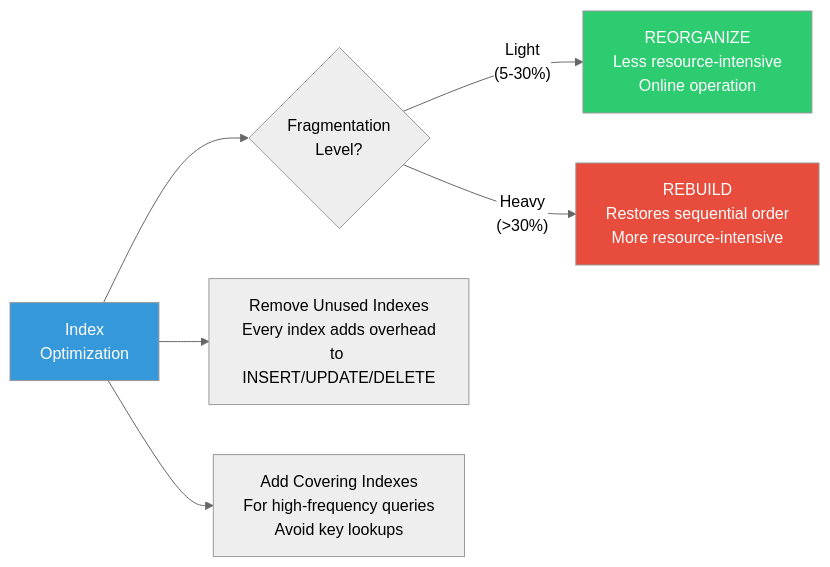
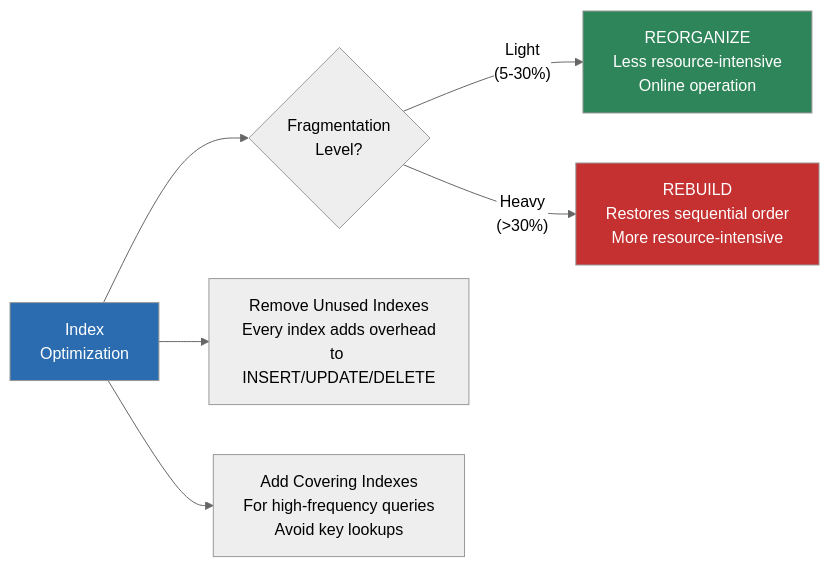
Diagram 17 of 39 in 07-Visual-Study-Diagrams.md (George-API/CompTIA_DataSys_Study_Guide), drawn with Mermaid (neutral theme) before and after one commit. The commit also changed other lines of this file, not shown here.

Commit message:
Improvements to visual study mermaid diagrams

````diff
--- a/07-Visual-Study-Diagrams.md
+++ b/07-Visual-Study-Diagrams.md
@@ -417,14 +417,14 @@
 ```mermaid
 flowchart LR
-    IDX["Index\nOptimization"] --> FRAG{"Fragmentation\nLevel?"}
+    IDX["Index<br/>Optimization"] --> FRAG{"Fragmentation<br/>Level?"}
 
-    FRAG -->|"Light\n(5-30%)"| REORG["REORGANIZE\nLess resource-intensive\nOnline operation"]
-    FRAG -->|"Heavy\n(>30%)"| REBUILD["REBUILD\nRestores sequential order\nMore resource-intensive"]
+    FRAG -->|"Light<br/>(5-30%)"| REORG["REORGANIZE<br/>Less resource-intensive<br/>Online operation"]
+    FRAG -->|"Heavy<br/>(>30%)"| REBUILD["REBUILD<br/>Restores sequential order<br/>More resource-intensive"]
 
-    IDX --> UNUSED["Remove Unused Indexes\nEvery index adds overhead\nto INSERT/UPDATE/DELETE"]
-    IDX --> COVER["Add Covering Indexes\nFor high-frequency queries\nAvoid key lookups"]
+    IDX --> UNUSED["Remove Unused Indexes<br/>Every index adds overhead<br/>to INSERT/UPDATE/DELETE"]
+    IDX --> COVER["Add Covering Indexes<br/>For high-frequency queries<br/>Avoid key lookups"]
 
-    style IDX fill:#3498db,color:#fff
-    style REORG fill:#2ecc71,color:#fff
-    style REBUILD fill:#e74c3c,color:#fff
+    style IDX fill:#2B6CB0,color:#fff
+    style REORG fill:#2F855A,color:#fff
+    style REBUILD fill:#C53030,color:#fff
 ```
````
